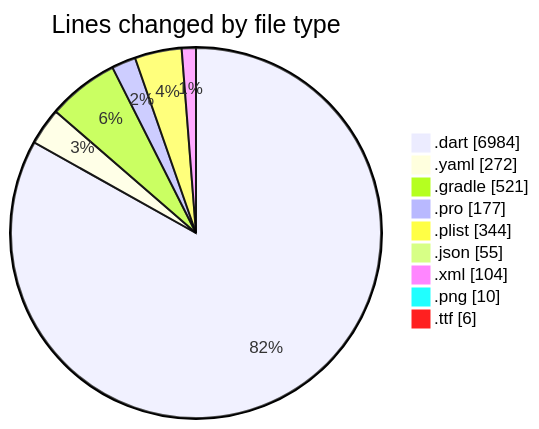
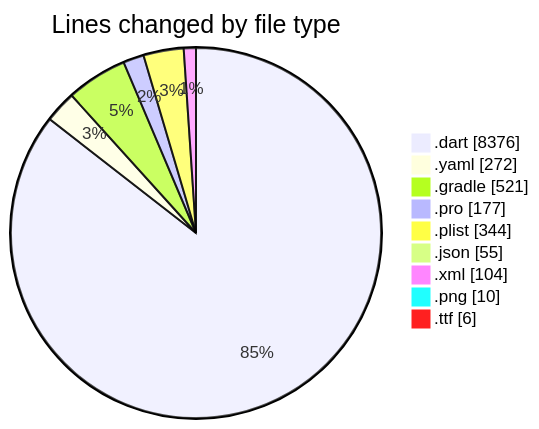
The first of 2 diagrams in 2025-07-29/appproject/README.md (lephambinh05/code-tracking), drawn with Mermaid before and after one commit. The commit also changed other lines of this file and 1 other file, not shown here.

````diff
--- a/2025-07-29/appproject/README.md
+++ b/2025-07-29/appproject/README.md
@@ -57,13 +59,13 @@
 ```mermaid
 pie showData
 title Lines changed by file type
-".dart" : 6984
+".dart" : 8376
 ".yaml" : 272
 ".gradle" : 521
 ".pro" : 177
 ".plist" : 344
 ".json" : 55
 ".xml" : 104
 ".png" : 10
 ".ttf" : 6
 ```
````
